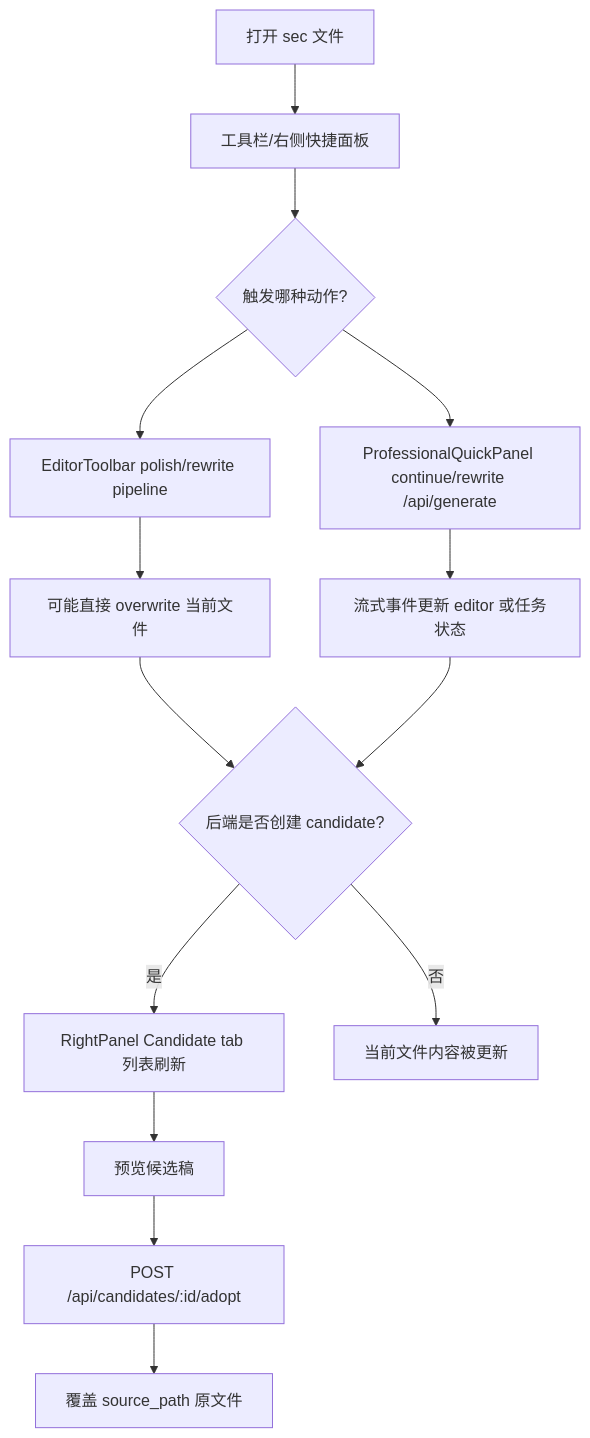
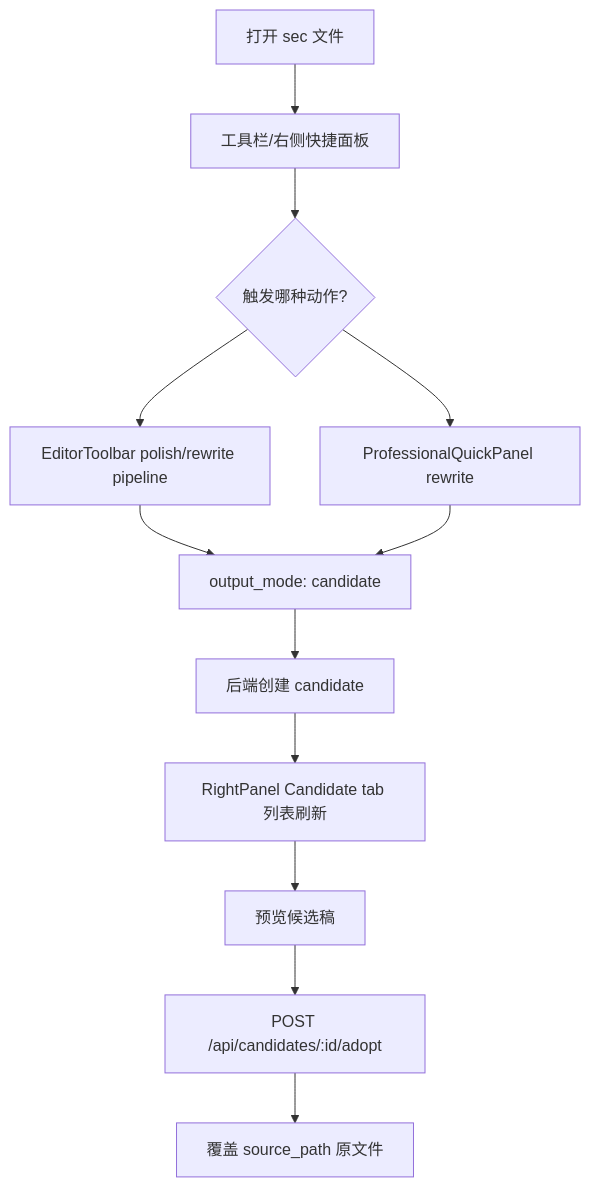
One commit to wuyinglai/moyun-studio changed the second of 4 diagrams in docs/frontend-user-flow.md. Above: the diagram before and after it, drawn with Mermaid. The commit also changed other lines of this file and 10 other files, not shown here.

````diff
--- a/docs/frontend-user-flow.md
+++ b/docs/frontend-user-flow.md
@@ -364,16 +364,14 @@
 ```mermaid
 flowchart TD
   A["打开 sec 文件"] --> B["工具栏/右侧快捷面板"]
   B --> C{"触发哪种动作?"}
   C --> D["EditorToolbar polish/rewrite pipeline"]
-  C --> E["ProfessionalQuickPanel continue/rewrite /api/generate"]
-  D --> F["可能直接 overwrite 当前文件"]
-  E --> G["流式事件更新 editor 或任务状态"]
-  F --> H{"后端是否创建 candidate?"}
-  G --> H
-  H -->|是| I["RightPanel Candidate tab 列表刷新"]
-  H -->|否| J["当前文件内容被更新"]
+  C --> E["ProfessionalQuickPanel rewrite"]
+  D --> F["output_mode: candidate"]
+  E --> F
+  F --> H["后端创建 candidate"]
+  H --> I["RightPanel Candidate tab 列表刷新"]
   I --> K["预览候选稿"]
   K --> L["POST /api/candidates/:id/adopt"]
   L --> M["覆盖 source_path 原文件"]
 ```
````
